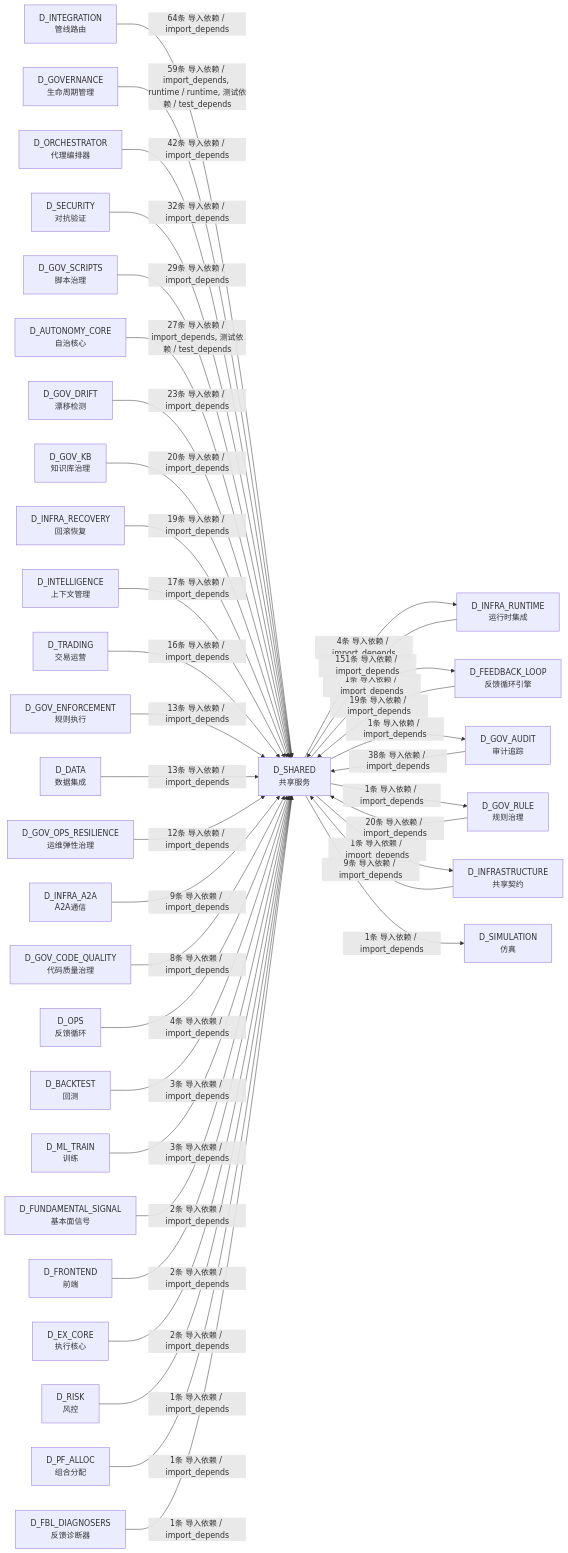
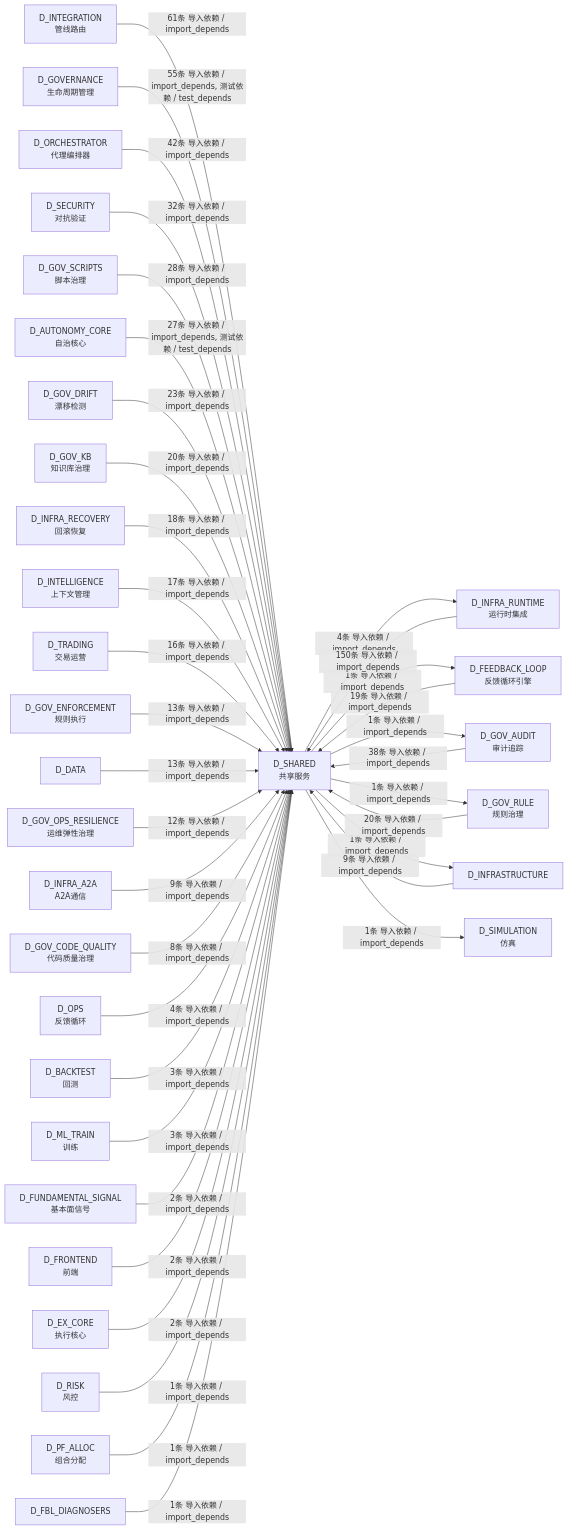
Before and after one commit to xuanFelixVan/ZephyrAlpha: the tenth of 10 diagrams in docs/02_enterprise_architecture/02_domain_architecture_docs/26_d_shared.md, drawn with Mermaid. The commit also changed other lines of this file and 115 other files, not shown here.

````diff
--- a/docs/02_enterprise_architecture/02_domain_architecture_docs/26_d_shared.md
+++ b/docs/02_enterprise_architecture/02_domain_architecture_docs/26_d_shared.md
@@ -1759,71 +1747,71 @@
 ```mermaid
 graph LR
     D_SHARED["D_SHARED<br/>共享服务"]
     D_INFRA_RUNTIME["D_INFRA_RUNTIME<br/>运行时集成"]
     D_FEEDBACK_LOOP["D_FEEDBACK_LOOP<br/>反馈循环引擎"]
     D_GOV_AUDIT["D_GOV_AUDIT<br/>审计追踪"]
     D_GOV_RULE["D_GOV_RULE<br/>规则治理"]
-    D_INFRASTRUCTURE["D_INFRASTRUCTURE<br/>共享契约"]
+    D_INFRASTRUCTURE["D_INFRASTRUCTURE"]
     D_SIMULATION["D_SIMULATION<br/>仿真"]
     D_INTEGRATION["D_INTEGRATION<br/>管线路由"]
     D_GOVERNANCE["D_GOVERNANCE<br/>生命周期管理"]
     D_ORCHESTRATOR["D_ORCHESTRATOR<br/>代理编排器"]
     D_SECURITY["D_SECURITY<br/>对抗验证"]
     D_GOV_SCRIPTS["D_GOV_SCRIPTS<br/>脚本治理"]
     D_AUTONOMY_CORE["D_AUTONOMY_CORE<br/>自治核心"]
     D_GOV_DRIFT["D_GOV_DRIFT<br/>漂移检测"]
     D_GOV_KB["D_GOV_KB<br/>知识库治理"]
     D_INFRA_RECOVERY["D_INFRA_RECOVERY<br/>回滚恢复"]
     D_INTELLIGENCE["D_INTELLIGENCE<br/>上下文管理"]
     D_TRADING["D_TRADING<br/>交易运营"]
     D_GOV_ENFORCEMENT["D_GOV_ENFORCEMENT<br/>规则执行"]
-    D_DATA["D_DATA<br/>数据集成"]
+    D_DATA["D_DATA"]
     D_GOV_OPS_RESILIENCE["D_GOV_OPS_RESILIENCE<br/>运维弹性治理"]
     D_INFRA_A2A["D_INFRA_A2A<br/>A2A通信"]
     D_GOV_CODE_QUALITY["D_GOV_CODE_QUALITY<br/>代码质量治理"]
     D_OPS["D_OPS<br/>反馈循环"]
     D_BACKTEST["D_BACKTEST<br/>回测"]
     D_ML_TRAIN["D_ML_TRAIN<br/>训练"]
     D_FUNDAMENTAL_SIGNAL["D_FUNDAMENTAL_SIGNAL<br/>基本面信号"]
     D_FRONTEND["D_FRONTEND<br/>前端"]
     D_EX_CORE["D_EX_CORE<br/>执行核心"]
     D_RISK["D_RISK<br/>风控"]
     D_PF_ALLOC["D_PF_ALLOC<br/>组合分配"]
-    D_FBL_DIAGNOSERS["D_FBL_DIAGNOSERS<br/>反馈诊断器"]
+    D_FBL_DIAGNOSERS["D_FBL_DIAGNOSERS"]
     D_SHARED -->|4条 导入依赖 / import_depends| D_INFRA_RUNTIME
     D_SHARED -->|1条 导入依赖 / import_depends| D_FEEDBACK_LOOP
     D_SHARED -->|1条 导入依赖 / import_depends| D_GOV_AUDIT
     D_SHARED -->|1条 导入依赖 / import_depends| D_GOV_RULE
     D_SHARED -->|1条 导入依赖 / import_depends| D_INFRASTRUCTURE
     D_SHARED -->|1条 导入依赖 / import_depends| D_SIMULATION
-    D_INFRA_RUNTIME -->|151条 导入依赖 / import_depends| D_SHARED
-    D_INTEGRATION -->|64条 导入依赖 / import_depends| D_SHARED
-    D_GOVERNANCE -->|59条 导入依赖 / import_depends, runtime / runtime, 测试依赖 / test_depends| D_SHARED
+    D_INFRA_RUNTIME -->|150条 导入依赖 / import_depends| D_SHARED
+    D_INTEGRATION -->|61条 导入依赖 / import_depends| D_SHARED
+    D_GOVERNANCE -->|55条 导入依赖 / import_depends, 测试依赖 / test_depends| D_SHARED
     D_ORCHESTRATOR -->|42条 导入依赖 / import_depends| D_SHARED
     D_GOV_AUDIT -->|38条 导入依赖 / import_depends| D_SHARED
     D_SECURITY -->|32条 导入依赖 / import_depends| D_SHARED
-    D_GOV_SCRIPTS -->|29条 导入依赖 / import_depends| D_SHARED
+    D_GOV_SCRIPTS -->|28条 导入依赖 / import_depends| D_SHARED
     D_AUTONOMY_CORE -->|27条 导入依赖 / import_depends, 测试依赖 / test_depends| D_SHARED
     D_GOV_DRIFT -->|23条 导入依赖 / import_depends| D_SHARED
     D_GOV_RULE -->|20条 导入依赖 / import_depends| D_SHARED
     D_GOV_KB -->|20条 导入依赖 / import_depends| D_SHARED
     D_FEEDBACK_LOOP -->|19条 导入依赖 / import_depends| D_SHARED
-    D_INFRA_RECOVERY -->|19条 导入依赖 / import_depends| D_SHARED
+    D_INFRA_RECOVERY -->|18条 导入依赖 / import_depends| D_SHARED
     D_INTELLIGENCE -->|17条 导入依赖 / import_depends| D_SHARED
     D_TRADING -->|16条 导入依赖 / import_depends| D_SHARED
     D_GOV_ENFORCEMENT -->|13条 导入依赖 / import_depends| D_SHARED
     D_DATA -->|13条 导入依赖 / import_depends| D_SHARED
     D_GOV_OPS_RESILIENCE -->|12条 导入依赖 / import_depends| D_SHARED
     D_INFRASTRUCTURE -->|9条 导入依赖 / import_depends| D_SHARED
     D_INFRA_A2A -->|9条 导入依赖 / import_depends| D_SHARED
     D_GOV_CODE_QUALITY -->|8条 导入依赖 / import_depends| D_SHARED
     D_OPS -->|4条 导入依赖 / import_depends| D_SHARED
     D_BACKTEST -->|3条 导入依赖 / import_depends| D_SHARED
     D_ML_TRAIN -->|3条 导入依赖 / import_depends| D_SHARED
     D_FUNDAMENTAL_SIGNAL -->|2条 导入依赖 / import_depends| D_SHARED
     D_FRONTEND -->|2条 导入依赖 / import_depends| D_SHARED
     D_EX_CORE -->|2条 导入依赖 / import_depends| D_SHARED
     D_RISK -->|1条 导入依赖 / import_depends| D_SHARED
     D_PF_ALLOC -->|1条 导入依赖 / import_depends| D_SHARED
     D_FBL_DIAGNOSERS -->|1条 导入依赖 / import_depends| D_SHARED
 ```
````
